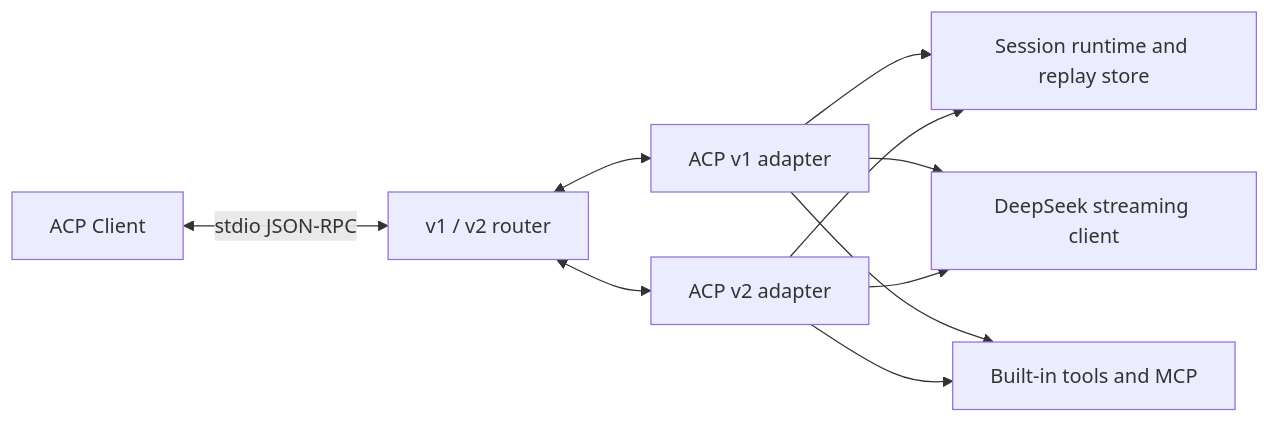
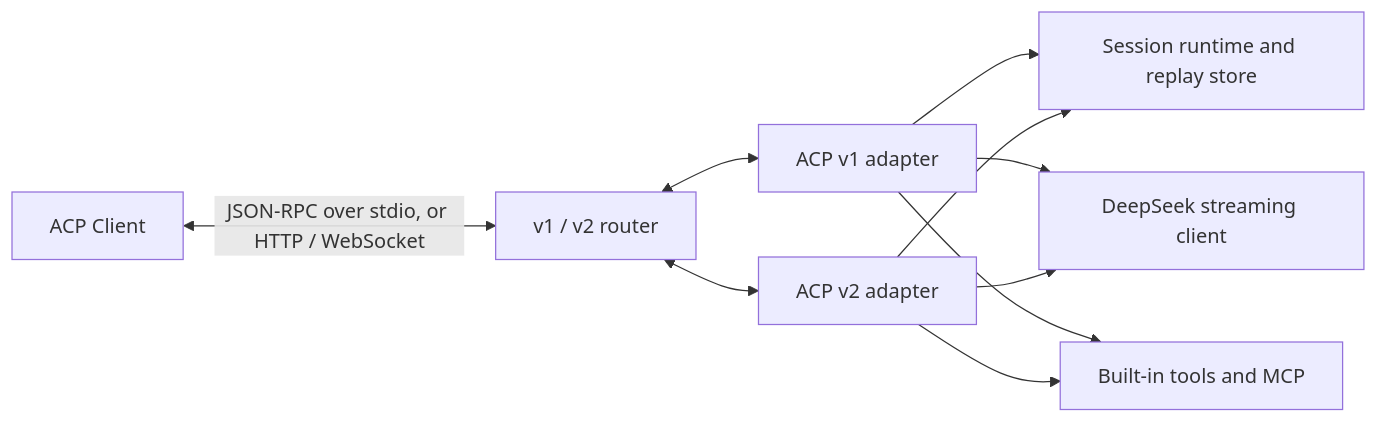
One commit to BrokkAi/dsh-acp changed the diagram in README.md. Above: the diagram before and after it, drawn with Mermaid. The commit also changed other lines of this file and 12 other files, not shown here.

````diff
--- a/README.md
+++ b/README.md
@@ -303,12 +364,12 @@
 ```mermaid
 flowchart LR
-    C[ACP Client] <-->|stdio JSON-RPC| R[v1 / v2 router]
+    C[ACP Client] <-->|JSON-RPC over stdio, or HTTP / WebSocket| R[v1 / v2 router]
     R <--> V1[ACP v1 adapter]
     R <--> V2[ACP v2 adapter]
     V1 --> S[Session runtime and replay store]
     V2 --> S
     V1 --> D[DeepSeek streaming client]
     V2 --> D
     V1 --> T[Built-in tools and MCP]
     V2 --> T
 ```
````
